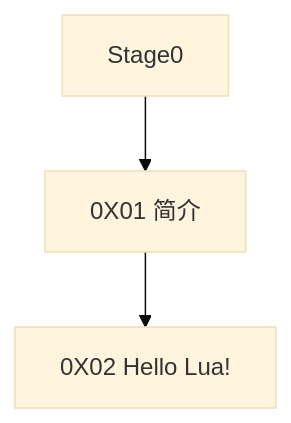
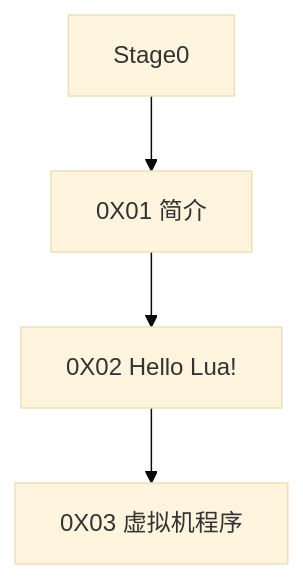
One commit to ZhiZe-ZG/TXLuaLesson changed the third of 3 diagrams in 目录.md. Above: the diagram before and after it, drawn with Mermaid (base theme). The commit also changed other lines of this file and 1 other file, not shown here.

Commit message:
feat: Add 0X03 虚拟机程序 to Stage1 navigation

````diff
--- a/目录.md
+++ b/目录.md
@@ -38,9 +38,11 @@
 ```mermaid
 graph TD;
     S0[Stage0]
     C01[0X01 简介]
     C02[0X02 Hello Lua!]
+    C03[0X03 虚拟机程序]
 
     S0-->C01
     C01-->C02
+    C02-->C03
 ```
````
